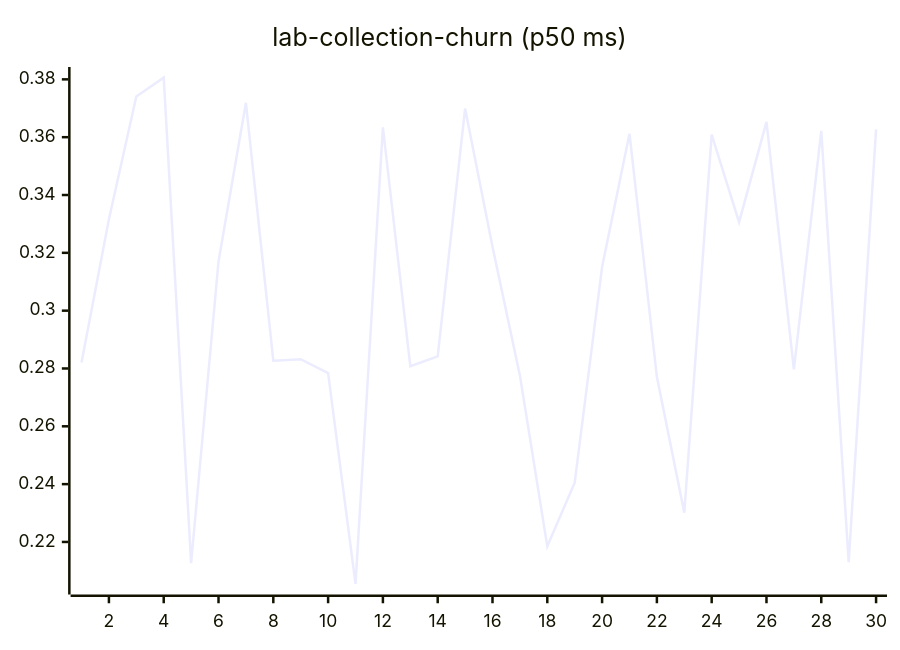
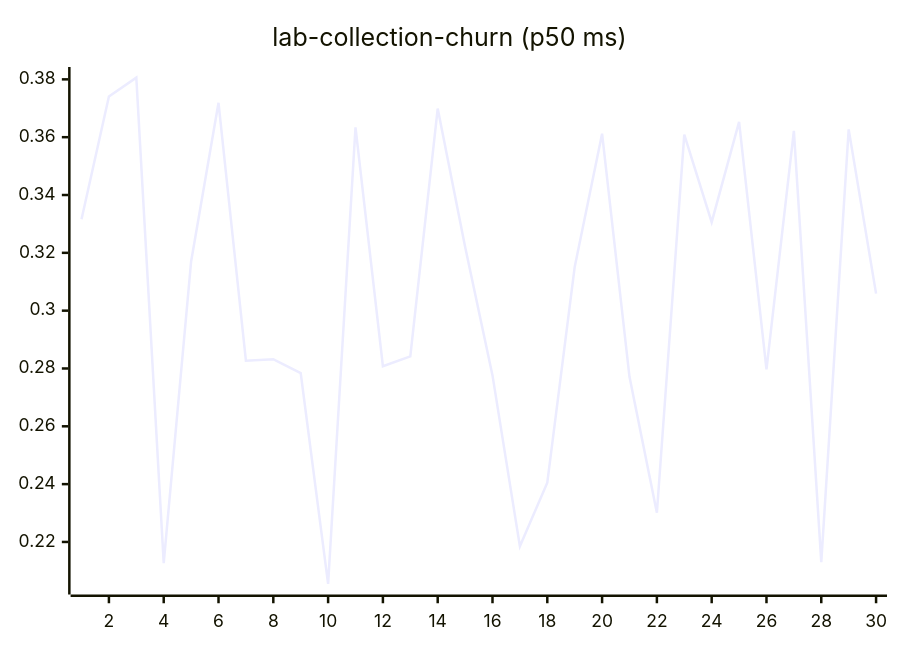
One commit to josha/Facet changed diagram 11 of 27 in README.md. Above: the diagram before and after it, drawn with Mermaid. The commit also changed other lines of this file and 2 other files, not shown here.

````diff
--- a/README.md
+++ b/README.md
@@ -133,6 +133,6 @@
 ```mermaid
 xychart-beta
     title "lab-collection-churn (p50 ms)"
     x-axis 1 --> 30
-    line [0.2821, 0.3316, 0.3741, 0.3806, 0.2127, 0.3170, 0.3719, 0.2827, 0.2832, 0.2784, 0.2055, 0.3634, 0.2808, 0.2842, 0.3699, 0.3221, 0.2776, 0.2185, 0.2405, 0.3151, 0.3612, 0.2771, 0.2301, 0.3609, 0.3306, 0.3653, 0.2797, 0.3622, 0.2130, 0.3627]
+    line [0.3316, 0.3741, 0.3806, 0.2127, 0.3170, 0.3719, 0.2827, 0.2832, 0.2784, 0.2055, 0.3634, 0.2808, 0.2842, 0.3699, 0.3221, 0.2776, 0.2185, 0.2405, 0.3151, 0.3612, 0.2771, 0.2301, 0.3609, 0.3306, 0.3653, 0.2797, 0.3622, 0.2130, 0.3627, 0.3059]
 ```
````
